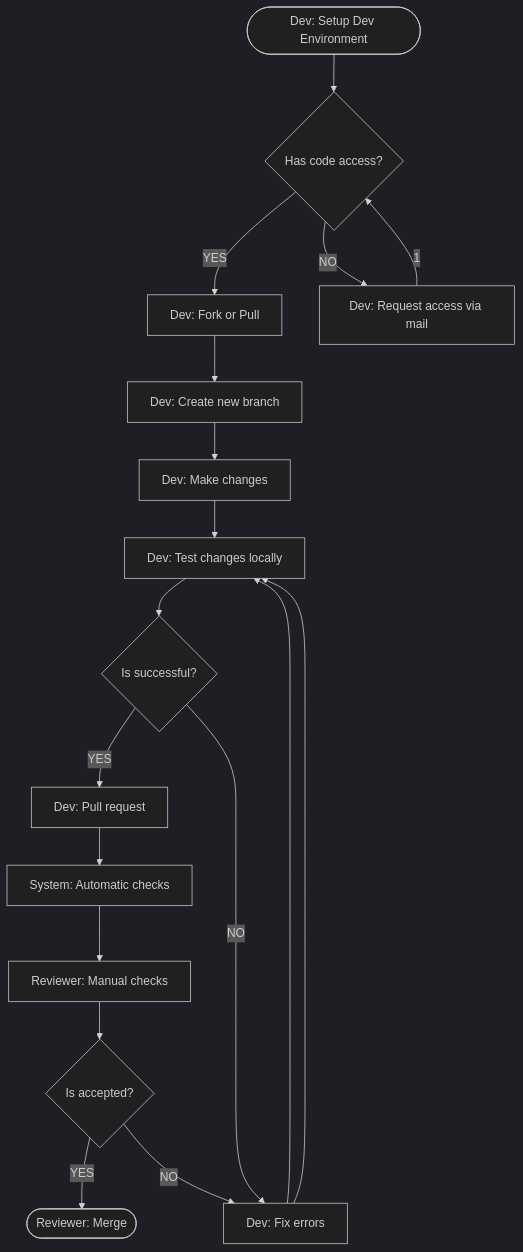
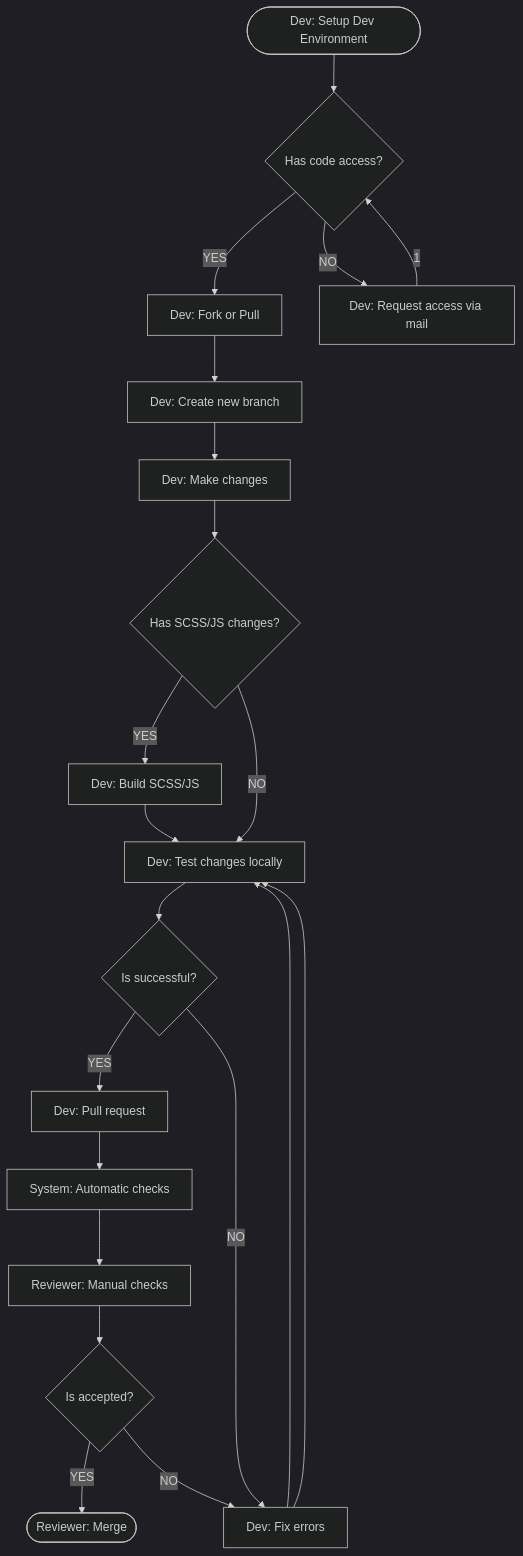
Before and after one commit to Karaka-Management/Organization-Guide: the diagram in Processes/01_Development_Flowchart.md, drawn with Mermaid (dark theme).

````diff
--- a/Processes/01_Development_Flowchart.md
+++ b/Processes/01_Development_Flowchart.md
@@ -3,20 +3,23 @@
 ```mermaid
 graph TD;
     SETUP_DEV_ENV([Dev: Setup Dev Environment])-->HAS_ACCESS{Has code access?};
     HAS_ACCESS-- YES -->FORK[Dev: Fork or Pull];
     HAS_ACCESS-- NO -->REQUEST_ACCESS[Dev: Request access via mail];
     FORK-->NEW_BRANCH[Dev: Create new branch];
     REQUEST_ACCESS--1-->HAS_ACCESS;
     NEW_BRANCH-->CHANGE[Dev: Make changes];
-    CHANGE-->TEST_CHANGE[Dev: Test changes locally];
+    CHANGE-->HAS_BUILD_CHANGES{Has SCSS/JS changes?};
+    HAS_BUILD_CHANGES-- YES -->BUILD[Dev: Build SCSS/JS];
+    HAS_BUILD_CHANGES-- NO -->TEST_CHANGE[Dev: Test changes locally];
+    BUILD-->TEST_CHANGE;
     TEST_CHANGE-->IS_SUCCESSFUL{Is successful?};
     IS_SUCCESSFUL-- YES -->PULL_REQUEST[Dev: Pull request];
     IS_SUCCESSFUL-- NO -->FIX[Dev: Fix errors];
     FIX-->TEST_CHANGE;
     PULL_REQUEST-->AUTOMATIC_CHECKS[System: Automatic checks]
     AUTOMATIC_CHECKS-->MANUAL_CHECKS[Reviewer: Manual checks]
     MANUAL_CHECKS-->IS_ACCEPTED{Is accepted?};
     IS_ACCEPTED-- YES -->MERGE([Reviewer: Merge]);
     IS_ACCEPTED-- NO -->FIX;
     FIX-->TEST_CHANGE;
 ```
````
